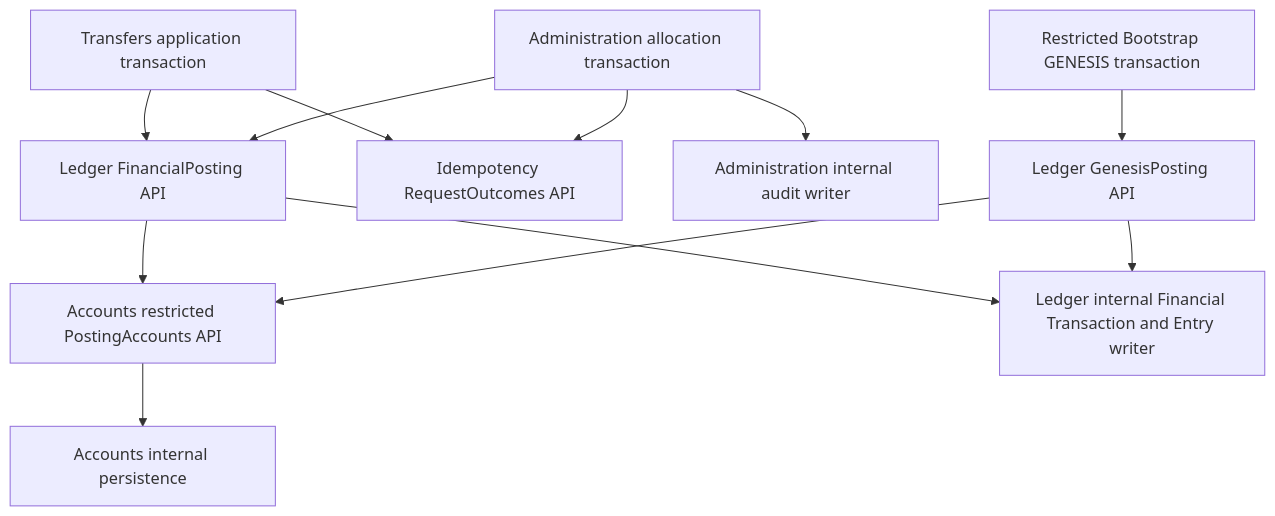
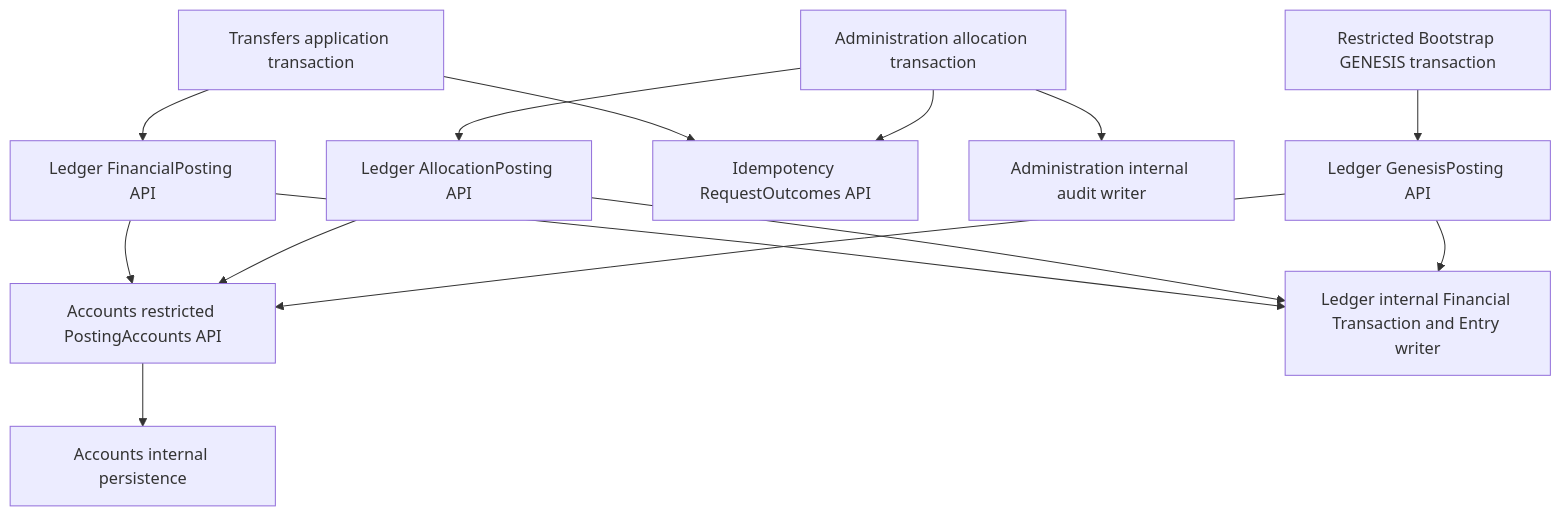
The third of 4 diagrams in docs/03-design/15-system-architecture.md (nvawntien/finfast), drawn with Mermaid before and after one commit. The commit also changed other lines of this file and 40 other files, not shown here.

````diff
--- a/docs/03-design/15-system-architecture.md
+++ b/docs/03-design/15-system-architecture.md
@@ -62,14 +69,16 @@
 ```mermaid
 flowchart TD
   TR[Transfers application transaction] --> POST[Ledger FinancialPosting API]
-  AD[Administration allocation transaction] --> POST
+  AD[Administration allocation transaction] --> ALLOC[Ledger AllocationPosting API]
   TR --> IDEM[Idempotency RequestOutcomes API]
   AD --> IDEM
   AD --> AUD[Administration internal audit writer]
   POST --> ACC[Accounts restricted PostingAccounts API]
   POST --> FACTS[Ledger internal Financial Transaction and Entry writer]
+  ALLOC --> ACC
+  ALLOC --> FACTS
   ACC --> STATE[Accounts internal persistence]
   BOOT[Restricted Bootstrap GENESIS transaction] --> GEN[Ledger GenesisPosting API]
   GEN --> ACC
   GEN --> FACTS
 ```
````
